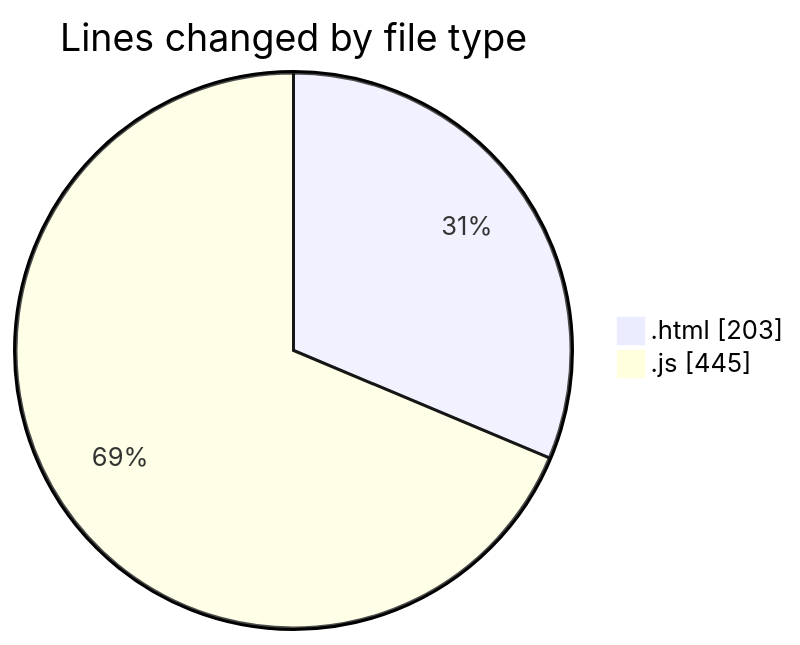
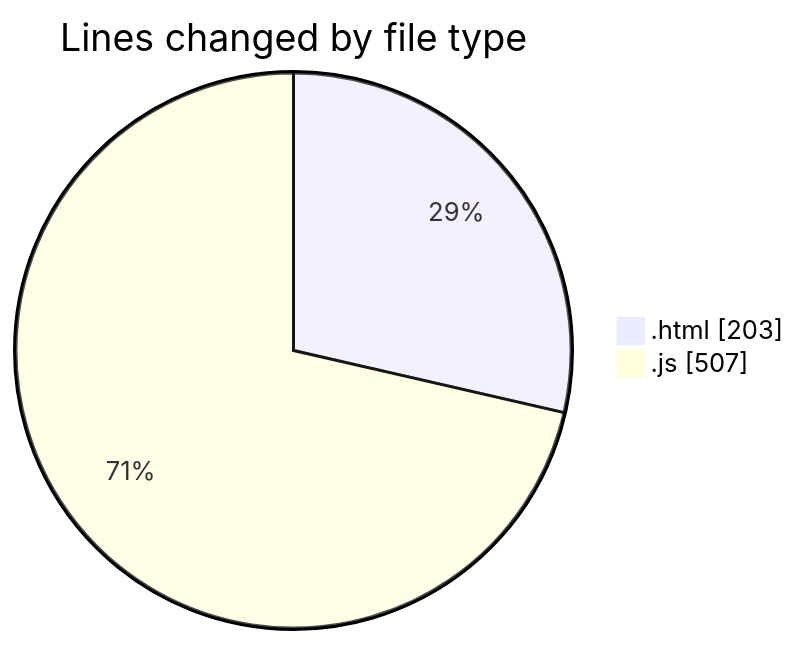
One commit to nxtqubesakshisongat/code-tracking changed the first of 2 diagrams in 2025-09-07/cashcalculator/README.md. Above: the diagram before and after it, drawn with Mermaid. The commit also changed other lines of this file and 1 other file, not shown here.

````diff
--- a/2025-09-07/cashcalculator/README.md
+++ b/2025-09-07/cashcalculator/README.md
@@ -21,6 +21,6 @@
 ```mermaid
 pie showData
 title Lines changed by file type
 ".html" : 203
-".js" : 445
+".js" : 507
 ```
````
